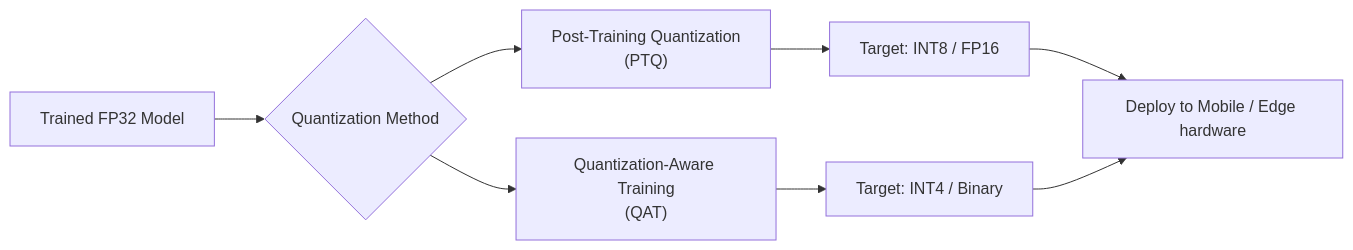
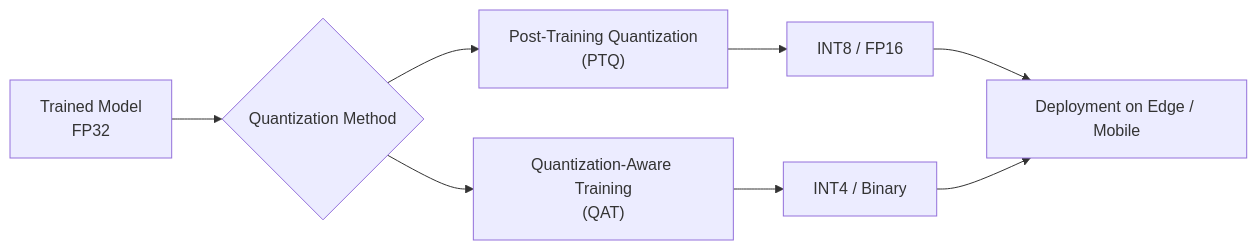
One commit to Mohammad-Khoshroo/number-systems changed the eighth of 8 diagrams in FLP.md. Above: the diagram before and after it, drawn with Mermaid. The commit also changed other lines of this file and 1 other file, not shown here.

````diff
--- a/FLP.md
+++ b/FLP.md
@@ -379,10 +315,10 @@
 ```mermaid
 flowchart LR
-    A["Trained FP32 Model"] --> B{Quantization Method}
+    A["Trained Model<br/>FP32"] --> B{Quantization Method}
     B --> C["Post-Training Quantization<br/>(PTQ)"]
     B --> D["Quantization-Aware Training<br/>(QAT)"]
-    C --> E["Target: INT8 / FP16"]
-    D --> F["Target: INT4 / Binary"]
-    E --> G["Deploy to Mobile / Edge hardware"]
+    C --> E["INT8 / FP16"]
+    D --> F["INT4 / Binary"]
+    E --> G["Deployment on Edge / Mobile"]
     F --> G
 ```
````
